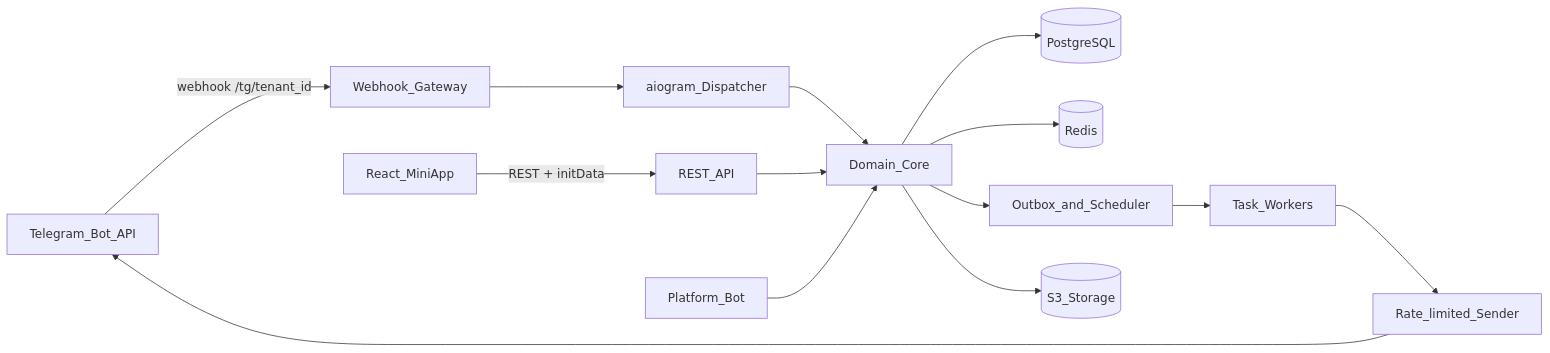
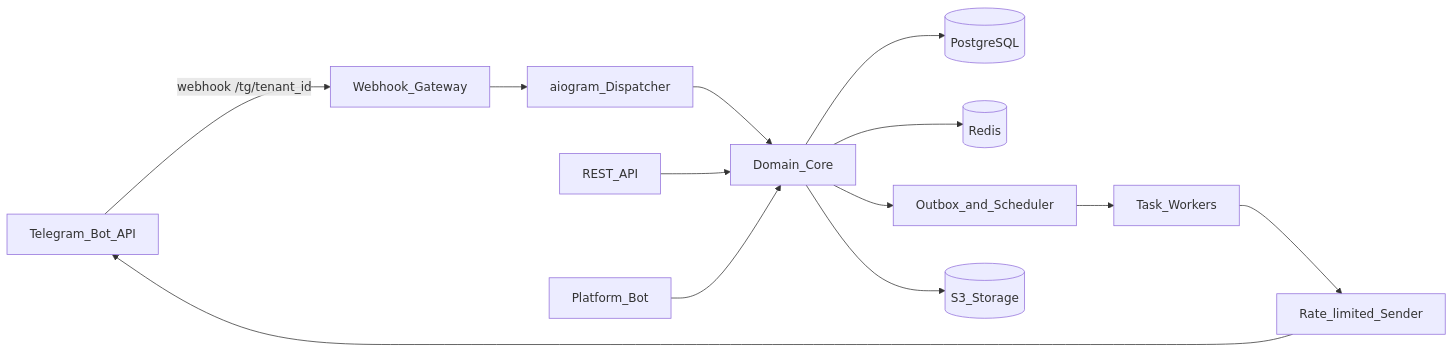
Before and after one commit to zxckotee/beaty: the first of 3 diagrams in docs/architecture.md, drawn with Mermaid. The commit also changed other lines of this file and 60 other files, not shown here.

First line of the commit message:
refactor: bot-only UX — drop Mini App, web image, and CI frontend

````diff
--- a/docs/architecture.md
+++ b/docs/architecture.md
@@ -21,16 +21,15 @@
 ```mermaid
 flowchart LR
     TG[Telegram_Bot_API] -->|"webhook /tg/tenant_id"| Gateway[Webhook_Gateway]
     Gateway --> Dispatcher[aiogram_Dispatcher]
-    MiniApp[React_MiniApp] -->|"REST + initData"| Api[REST_API]
     Dispatcher --> Core[Domain_Core]
-    Api --> Core
+    Api[REST_API] --> Core
     PlatformBot[Platform_Bot] --> Core
     Core --> PG[(PostgreSQL)]
     Core --> Redis[(Redis)]
     Core --> Outbox[Outbox_and_Scheduler]
     Outbox --> Workers[Task_Workers]
     Workers --> Sender[Rate_limited_Sender]
     Sender --> TG
     Core --> S3[(S3_Storage)]
 ```
````
